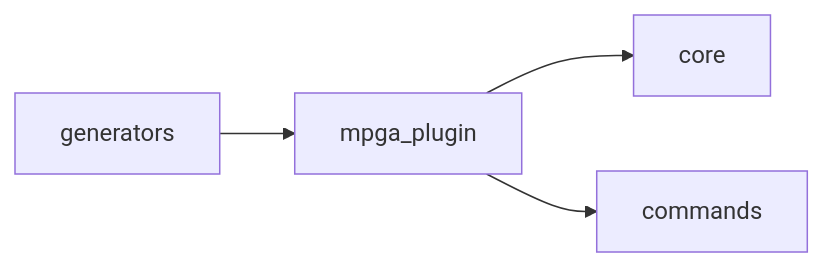
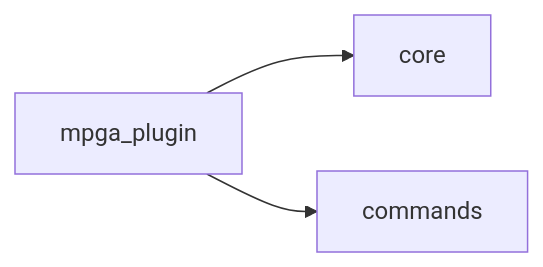
One commit to benrben/MPGA changed the diagram in MPGA/scopes/mpga-plugin.md. Above: the diagram before and after it, drawn with Mermaid. The commit also changed other lines of this file and 57 other files, not shown here.

````diff
--- a/MPGA/scopes/mpga-plugin.md
+++ b/MPGA/scopes/mpga-plugin.md
@@ -73,6 +93,5 @@
 ```mermaid
 graph LR
     mpga_plugin --> core
     mpga_plugin --> commands
-    generators --> mpga_plugin
 ```
````
